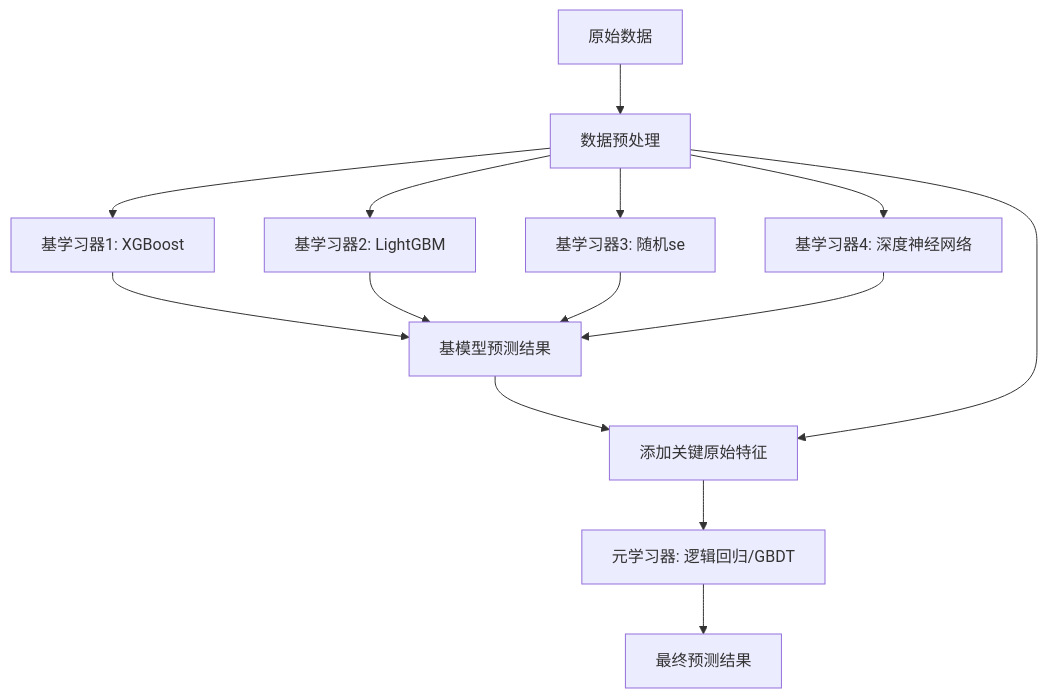
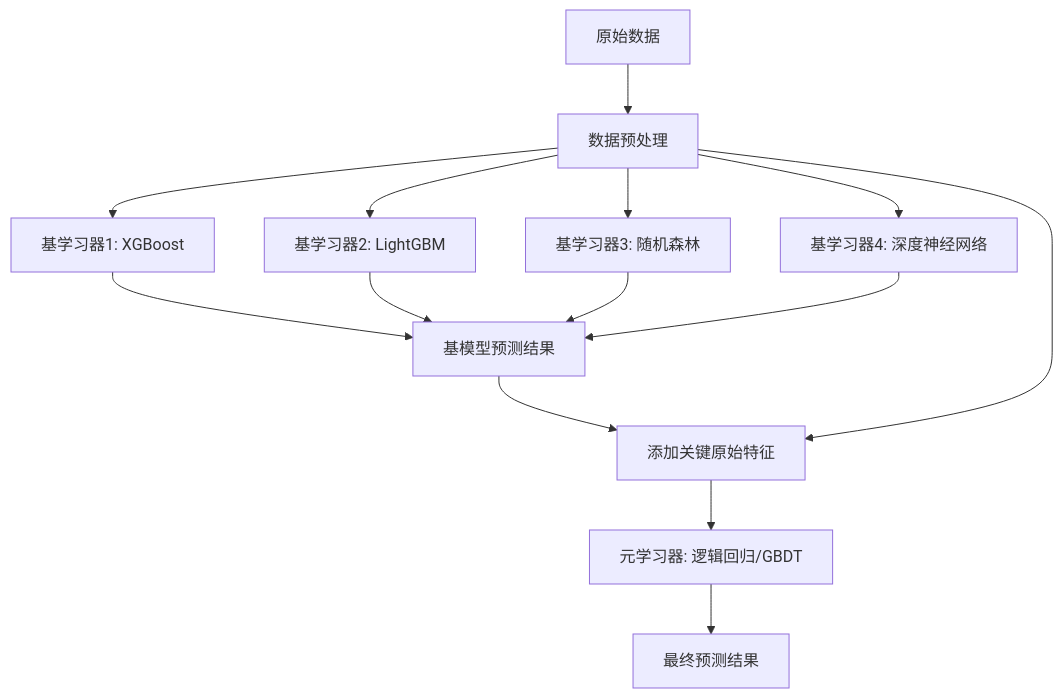
The diagram in all/未命名.md (fromwhitetoblack/iodraw-files), drawn with Mermaid before and after one commit.

Commit message:
2025-03-11 11:59:18 update

````diff
--- a/all/未命名.md
+++ b/all/未命名.md
@@ -1,16 +1,16 @@
 ```mermaid
 graph TD
     A[原始数据] --> B[数据预处理]
     B --> C1[基学习器1: XGBoost]
     B --> C2[基学习器2: LightGBM]
-    B --> C3[基学习器3: 随机se]
+    B --> C3[基学习器3: 随机森林]
     B --> C4[基学习器4: 深度神经网络]
     C1 --> D[基模型预测结果]
     C2 --> D
     C3 --> D
     C4 --> D
     D --> E[元学习器输入特征]
     B --> E[添加关键原始特征]
     E --> F[元学习器: 逻辑回归/GBDT]
     F --> G[最终预测结果]
 ```
````
